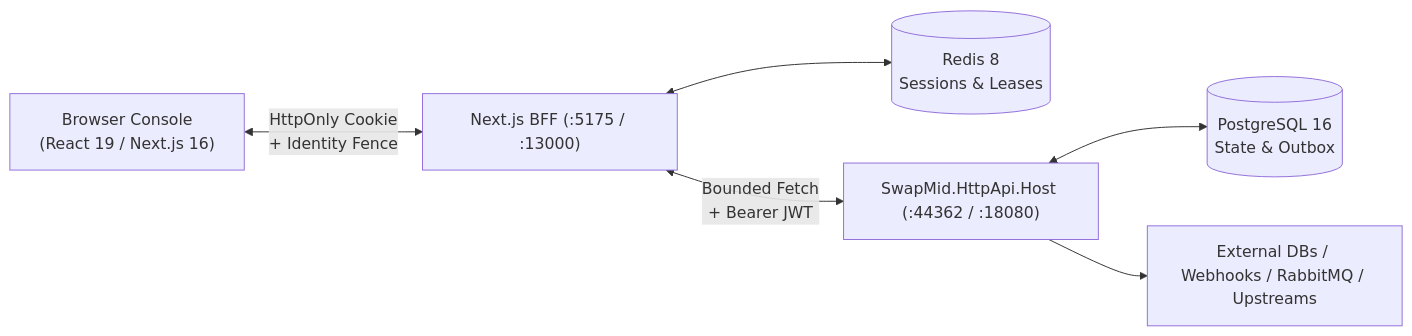
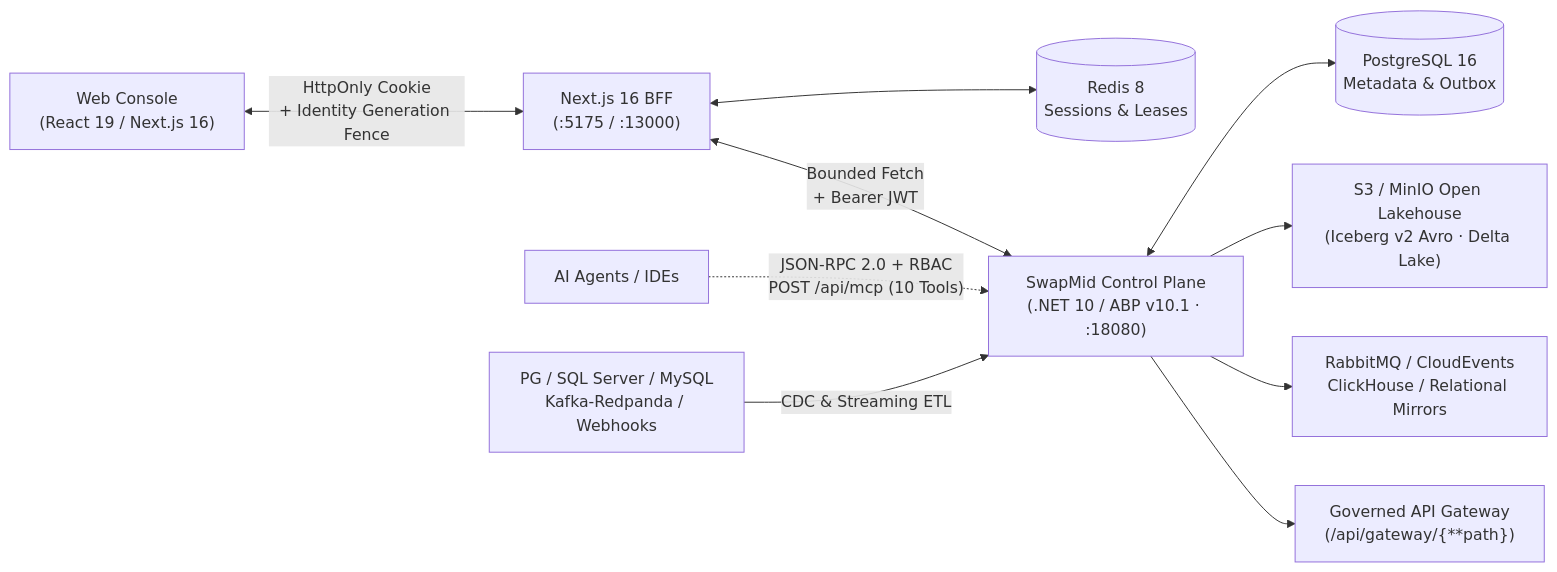
The diagram in README.md (q871958549/SwapMid), drawn with Mermaid before and after one commit. The commit also changed other lines of this file and 73 other files, not shown here.

Commit message:
feat(cdc,lakehouse): ship v2.5.0 Kafka Debezium CDC, Iceberg v2 daily hidden partitioning, 10-tool MCP & terminology guard

````diff
--- a/README.md
+++ b/README.md
@@ -40,8 +31,12 @@
 ```mermaid
 flowchart LR
-  Browser["Browser Console\n(React 19 / Next.js 16)"] <-->|"HttpOnly Cookie\n+ Identity Fence"| BFF["Next.js BFF (:5175 / :13000)"]
+  Browser["Web Console\n(React 19 / Next.js 16)"] <-->|"HttpOnly Cookie\n+ Identity Generation Fence"| BFF["Next.js 16 BFF\n(:5175 / :13000)"]
   BFF <--> Redis[("Redis 8\nSessions & Leases")]
-  BFF <-->|"Bounded Fetch\n+ Bearer JWT"| Host["SwapMid.HttpApi.Host (:44362 / :18080)"]
-  Host <--> PG[("PostgreSQL 16\nState & Outbox")]
-  Host --> Targets["External DBs / Webhooks / RabbitMQ / Upstreams"]
+  BFF <-->|"Bounded Fetch\n+ Bearer JWT"| Core["SwapMid Control Plane\n(.NET 10 / ABP v10.1 · :18080)"]
+  AI["AI Agents / IDEs"] -.->|"JSON-RPC 2.0 + RBAC\nPOST /api/mcp (10 Tools)"| Core
+  Core <--> PG[("PostgreSQL 16\nMetadata & Outbox")]
+  Sources["PG / SQL Server / MySQL\nKafka-Redpanda / Webhooks"] -->|"CDC & Streaming ETL"| Core
+  Core --> Lake["S3 / MinIO Open Lakehouse\n(Iceberg v2 Avro · Delta Lake)"]
+  Core --> Bus["RabbitMQ / CloudEvents\nClickHouse / Relational Mirrors"]
+  Core --> Upstreams["Governed API Gateway\n(/api/gateway/{**path})"]
 ```
````
